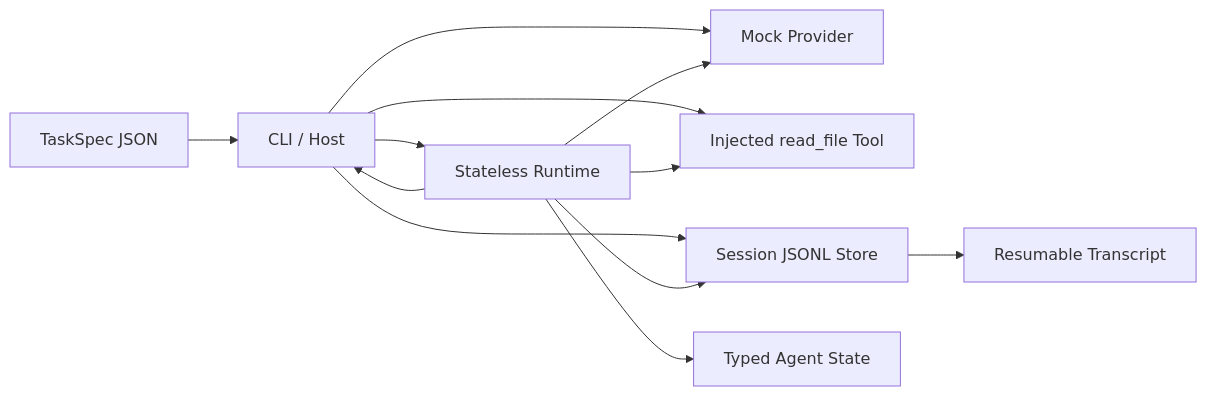
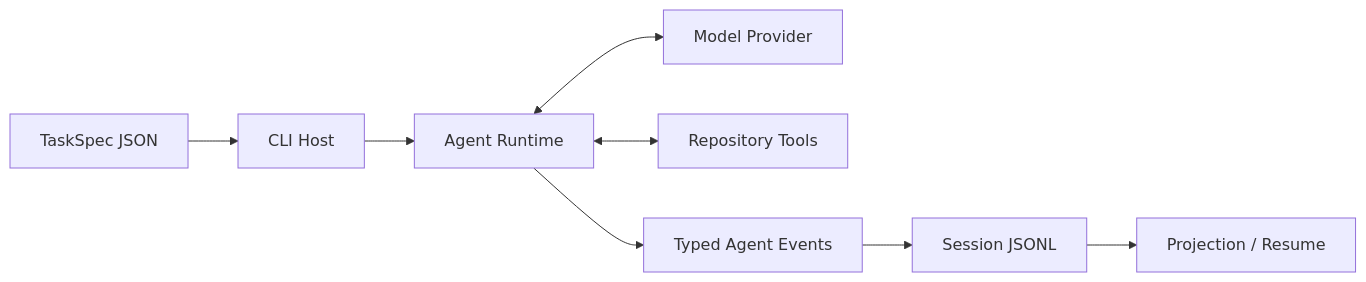
One commit to SkyNet-T-800/CodeL changed the diagram in README.md. Above: the diagram before and after it, drawn with Mermaid. The commit also changed other lines of this file and 2 other files, not shown here.

````diff
--- a/README.md
+++ b/README.md
@@ -88,14 +159,10 @@
 ```mermaid
 flowchart LR
-  T["TaskSpec JSON"] --> H["CLI / Host"]
-  H --> R["Stateless Runtime"]
-  H --> P["Mock Provider"]
-  H --> X["Injected read_file Tool"]
-  H --> W["Session JSONL Store"]
-  R --> P
-  R --> X
-  R --> S["Typed Agent State"]
-  R --> W
-  W --> J["Resumable Transcript"]
-  R --> H
+  A["TaskSpec JSON"] --> B["CLI Host"]
+  B --> C["Agent Runtime"]
+  C <--> D["Model Provider"]
+  C <--> E["Repository Tools"]
+  C --> F["Typed Agent Events"]
+  F --> G["Session JSONL"]
+  G --> H["Projection / Resume"]
 ```
````
